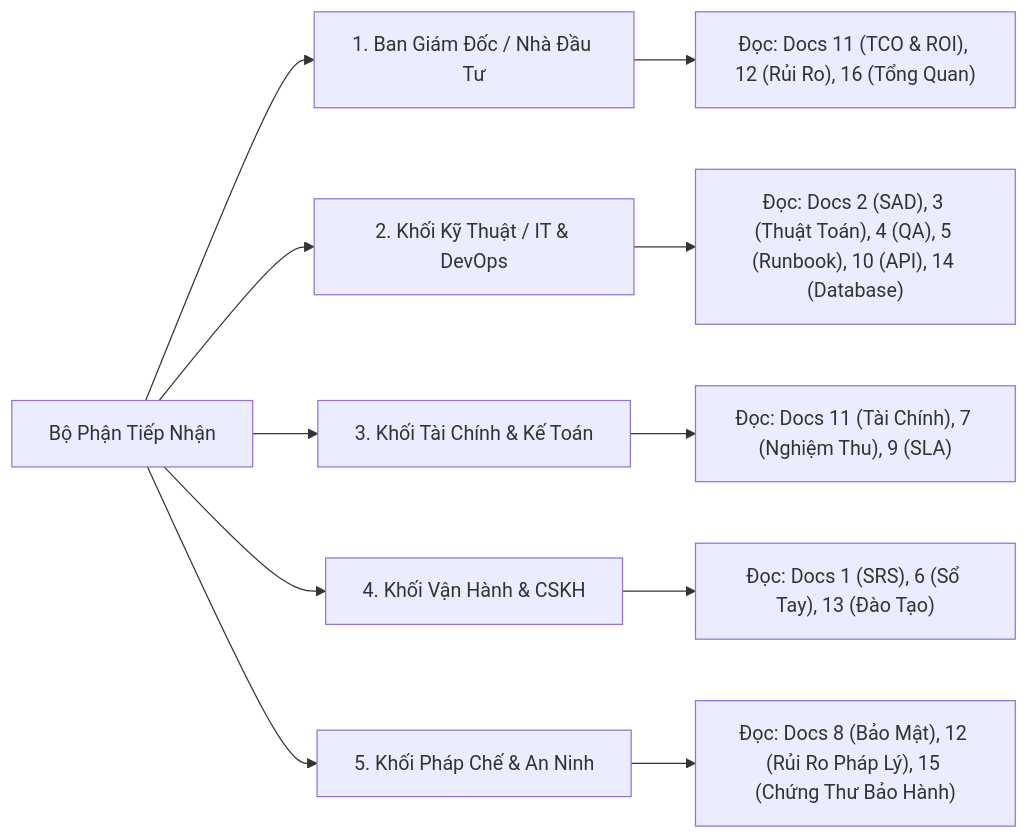
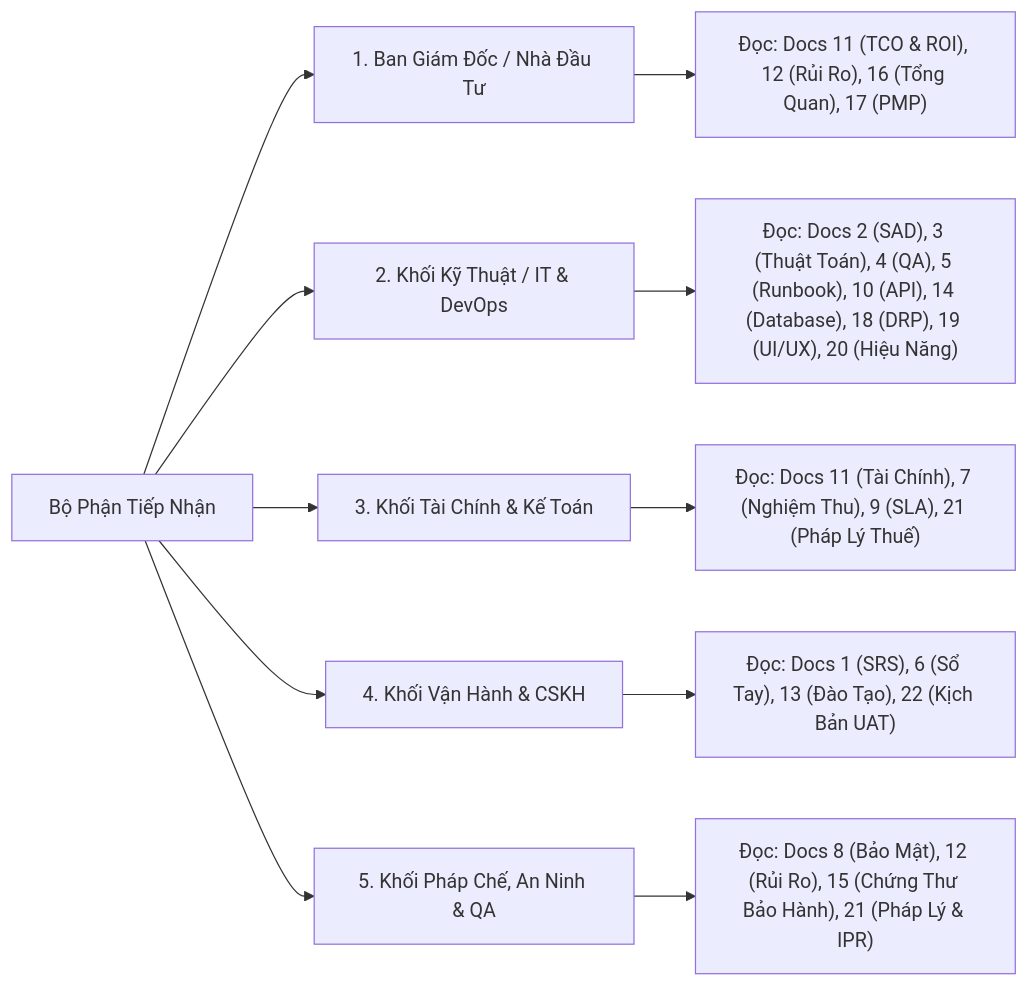
One commit to JiaysTM17/Fullstack-Ecommerce changed the second of 2 diagrams in docs/DANH_MUC_HO_SO_BAN_GIAO_VA_TONG_QUAN_DU_AN.md. Above: the diagram before and after it, drawn with Mermaid. The commit also changed other lines of this file and 7 other files, not shown here.

Commit message:
docs: complete 22-dossier enterprise software delivery package with PMP, BCP/DRP, UI/UX Design System, Performance Benchmark, Legal/IPR Audit, and UAT Suite

````diff
--- a/docs/DANH_MUC_HO_SO_BAN_GIAO_VA_TONG_QUAN_DU_AN.md
+++ b/docs/DANH_MUC_HO_SO_BAN_GIAO_VA_TONG_QUAN_DU_AN.md
@@ -74,14 +81,14 @@
 ```mermaid
 graph LR
     User["Bộ Phận Tiếp Nhận"] --> Exec["1. Ban Giám Đốc / Nhà Đầu Tư"]
     User --> Tech["2. Khối Kỹ Thuật / IT & DevOps"]
     User --> Fin["3. Khối Tài Chính & Kế Toán"]
     User --> Ops["4. Khối Vận Hành & CSKH"]
-    User --> Legal["5. Khối Pháp Chế & An Ninh"]
+    User --> Legal["5. Khối Pháp Chế, An Ninh & QA"]
 
-    Exec --> DocExec["Đọc: Docs 11 (TCO & ROI), 12 (Rủi Ro), 16 (Tổng Quan)"]
-    Tech --> DocTech["Đọc: Docs 2 (SAD), 3 (Thuật Toán), 4 (QA), 5 (Runbook), 10 (API), 14 (Database)"]
-    Fin --> DocFin["Đọc: Docs 11 (Tài Chính), 7 (Nghiệm Thu), 9 (SLA)"]
-    Ops --> DocOps["Đọc: Docs 1 (SRS), 6 (Sổ Tay), 13 (Đào Tạo)"]
-    Legal --> DocLegal["Đọc: Docs 8 (Bảo Mật), 12 (Rủi Ro Pháp Lý), 15 (Chứng Thư Bảo Hành)"]
+    Exec --> DocExec["Đọc: Docs 11 (TCO & ROI), 12 (Rủi Ro), 16 (Tổng Quan), 17 (PMP)"]
+    Tech --> DocTech["Đọc: Docs 2 (SAD), 3 (Thuật Toán), 4 (QA), 5 (Runbook), 10 (API), 14 (Database), 18 (DRP), 19 (UI/UX), 20 (Hiệu Năng)"]
+    Fin --> DocFin["Đọc: Docs 11 (Tài Chính), 7 (Nghiệm Thu), 9 (SLA), 21 (Pháp Lý Thuế)"]
+    Ops --> DocOps["Đọc: Docs 1 (SRS), 6 (Sổ Tay), 13 (Đào Tạo), 22 (Kịch Bản UAT)"]
+    Legal --> DocLegal["Đọc: Docs 8 (Bảo Mật), 12 (Rủi Ro), 15 (Chứng Thư Bảo Hành), 21 (Pháp Lý & IPR)"]
 ```
````
